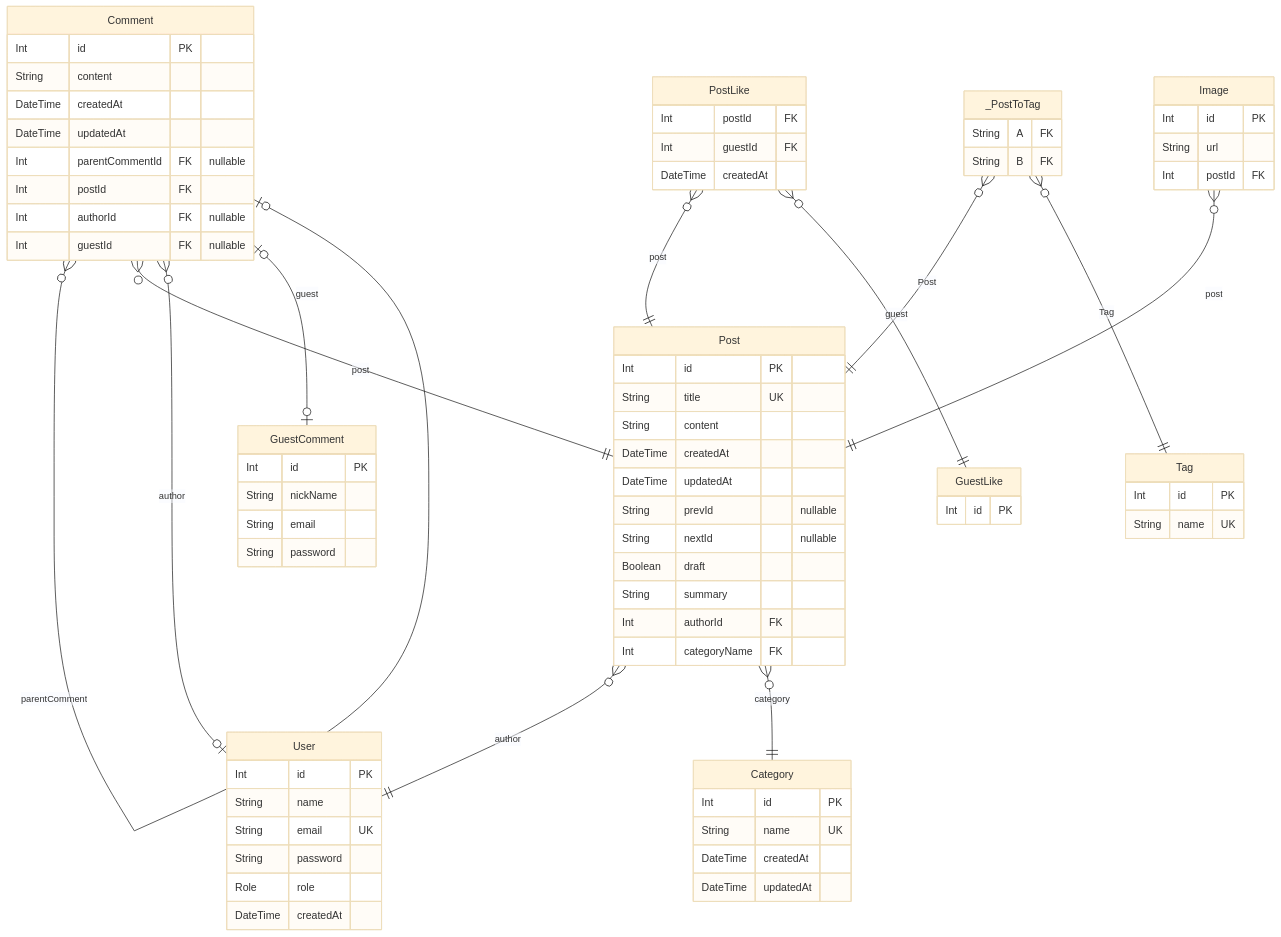
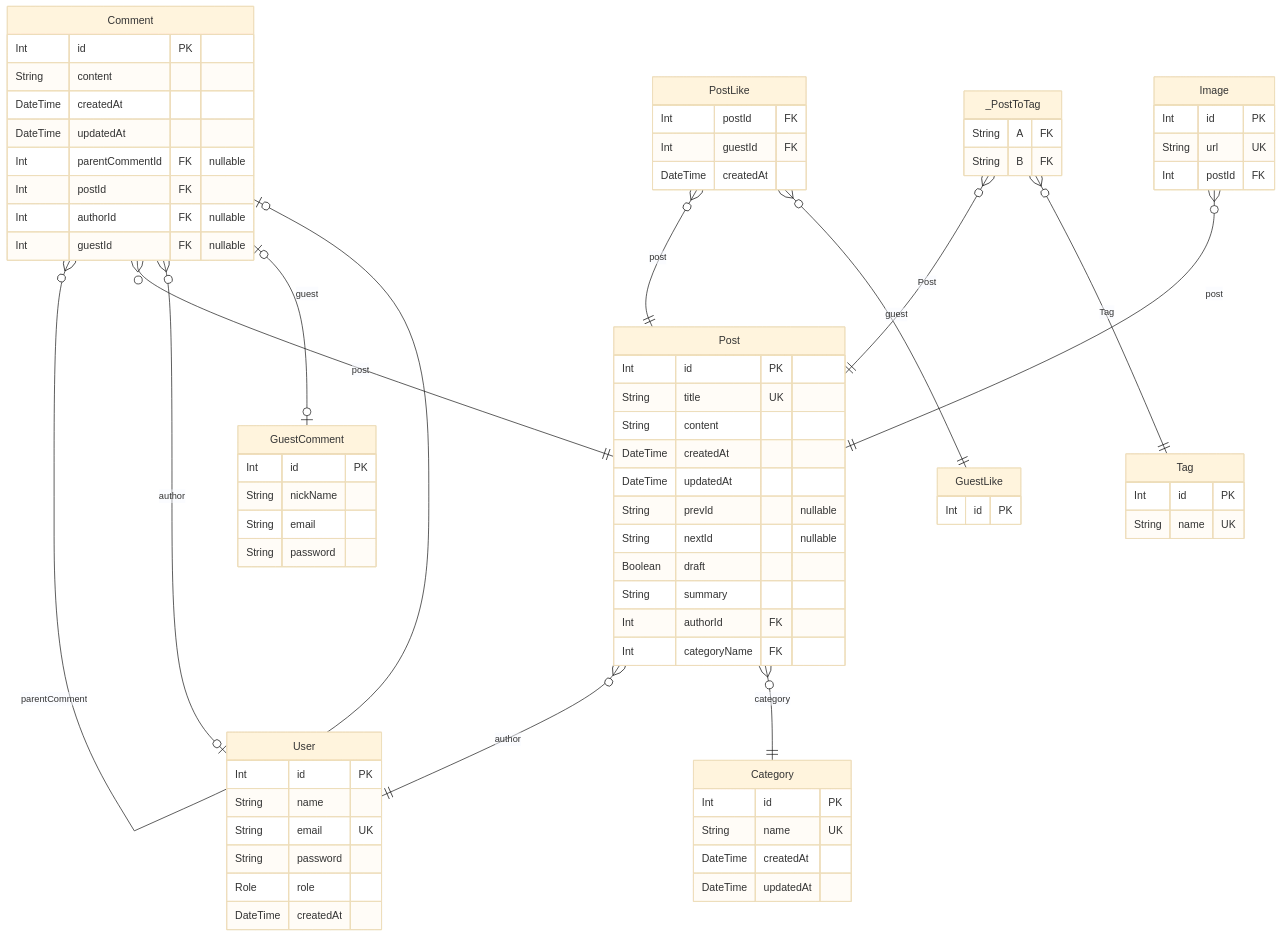
One commit to JongDeug/blog-backend changed the diagram in prisma/schema/ERD.md. Above: the diagram before and after it, drawn with Mermaid (base theme). The commit also changed 5 other files, not shown here.

````diff
--- a/prisma/schema/ERD.md
+++ b/prisma/schema/ERD.md
@@ -7,78 +7,78 @@
 ```mermaid
 erDiagram
 "GuestComment" {
   Int id PK
   String nickName
   String email
   String password
 }
 "GuestLike" {
   Int id PK
 }
 "Category" {
   Int id PK
   String name UK
   DateTime createdAt
   DateTime updatedAt
 }
 "Comment" {
   Int id PK
   String content
   DateTime createdAt
   DateTime updatedAt
   Int parentCommentId FK "nullable"
   Int postId FK
   Int authorId FK "nullable"
   Int guestId FK "nullable"
 }
 "Image" {
   Int id PK
-  String url
+  String url UK
   Int postId FK
 }
 "PostLike" {
   Int postId FK
   Int guestId FK
   DateTime createdAt
 }
 "Post" {
   Int id PK
   String title UK
   String content
   DateTime createdAt
   DateTime updatedAt
   String prevId "nullable"
   String nextId "nullable"
   Boolean draft
   String summary
   Int authorId FK
   Int categoryName FK
 }
 "Tag" {
   Int id PK
   String name UK
 }
 "User" {
   Int id PK
   String name
   String email UK
   String password
   Role role
   DateTime createdAt
 }
 "_PostToTag" {
   String A FK
   String B FK
 }
 "Comment" }o--o| "Comment" : parentComment
 "Comment" }o--|| "Post" : post
 "Comment" }o--o| "User" : author
 "Comment" |o--o| "GuestComment" : guest
 "Image" }o--|| "Post" : post
 "PostLike" }o--|| "Post" : post
 "PostLike" }o--|| "GuestLike" : guest
 "Post" }o--|| "User" : author
 "Post" }o--|| "Category" : category
 "_PostToTag" }o--|| "Post" : Post
 "_PostToTag" }o--|| "Tag" : Tag
 ```
````
